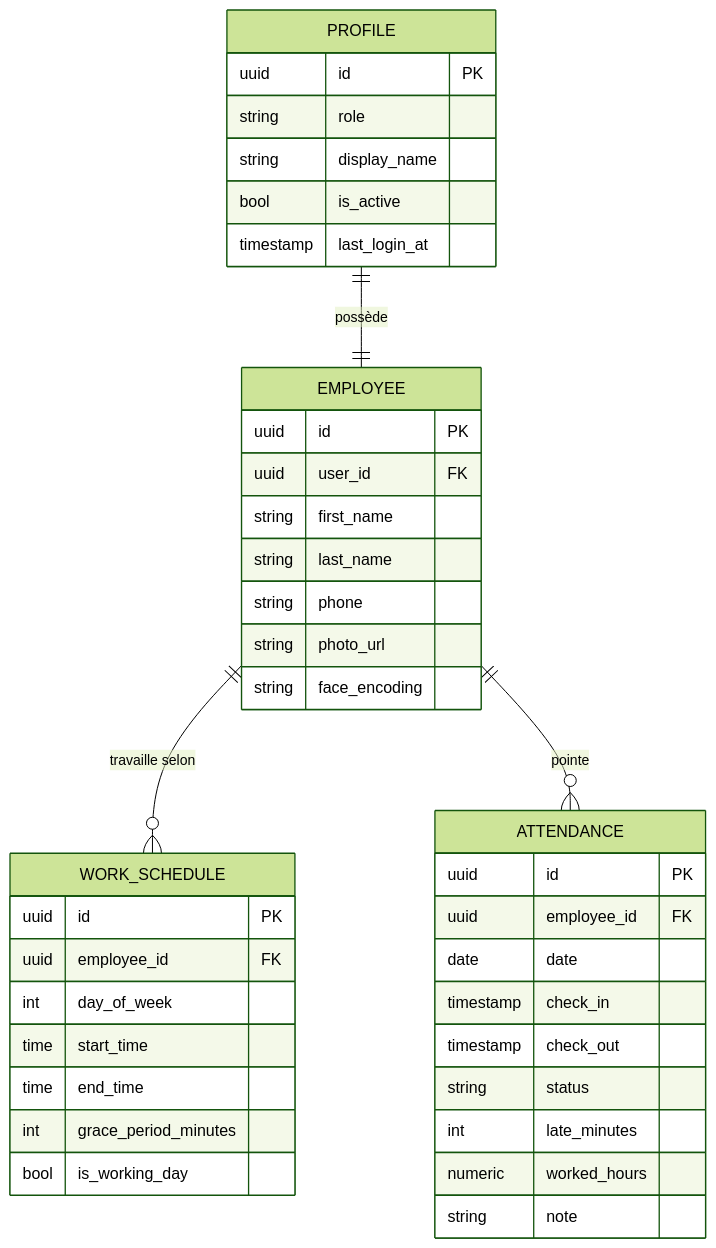
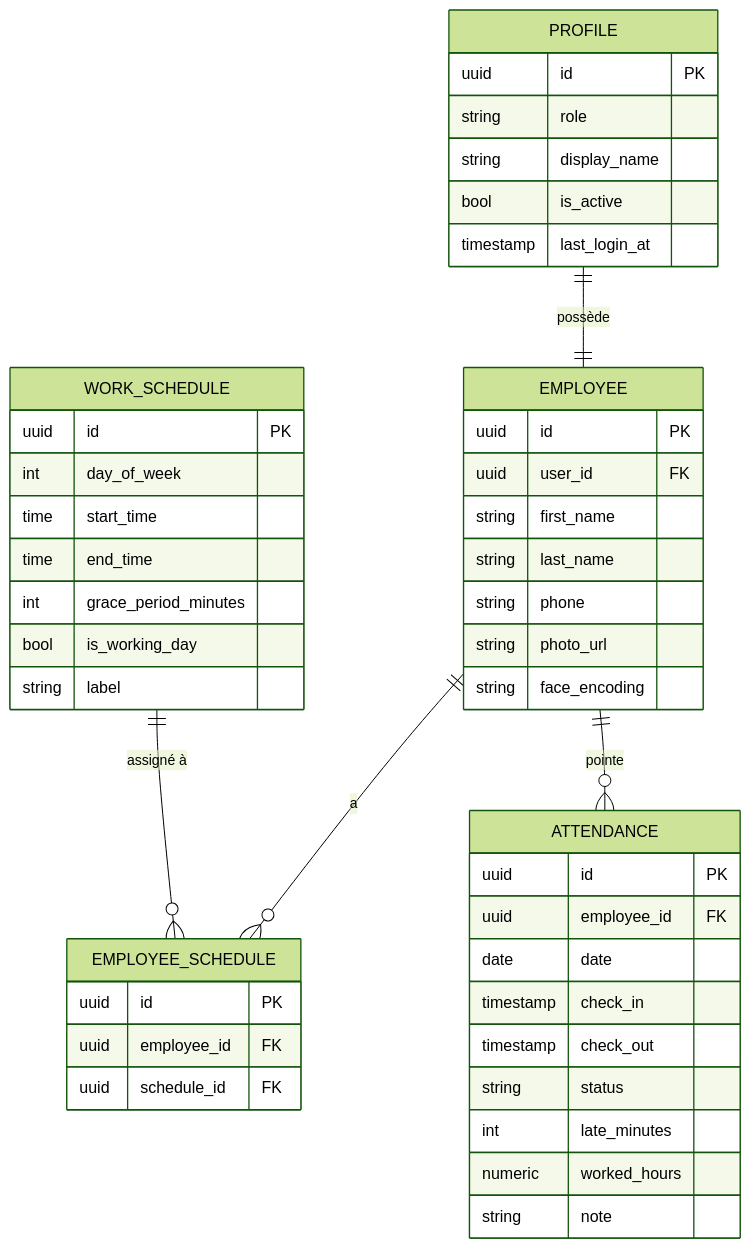
One commit to Abdurrahmane06/face-attendance-system changed the second of 2 diagrams in data_base/structure-bd.md. Above: the diagram before and after it, drawn with Mermaid (forest theme). The commit also changed other lines of this file and 3 other files, not shown here.

````diff
--- a/data_base/structure-bd.md
+++ b/data_base/structure-bd.md
@@ -186,46 +213,53 @@
 ```mermaid
 erDiagram
     PROFILE ||--|| EMPLOYEE : "possède"
-    EMPLOYEE ||--o{ WORK_SCHEDULE : "travaille selon"
+    EMPLOYEE ||--o{ EMPLOYEE_SCHEDULE : "a"
+    WORK_SCHEDULE ||--o{ EMPLOYEE_SCHEDULE : "assigné à"
     EMPLOYEE ||--o{ ATTENDANCE : "pointe"
 
     PROFILE {
         uuid id PK
         string role
         string display_name
         bool is_active
         timestamp last_login_at
     }
 
     EMPLOYEE {
         uuid id PK
         uuid user_id FK
         string first_name
         string last_name
         string phone
         string photo_url
         string face_encoding
     }
 
     WORK_SCHEDULE {
         uuid id PK
-        uuid employee_id FK
         int day_of_week
         time start_time
         time end_time
         int grace_period_minutes
         bool is_working_day
+        string label
+    }
+
+    EMPLOYEE_SCHEDULE {
+        uuid id PK
+        uuid employee_id FK
+        uuid schedule_id FK
     }
 
     ATTENDANCE {
         uuid id PK
         uuid employee_id FK
         date date
         timestamp check_in
         timestamp check_out
         string status
         int late_minutes
         numeric worked_hours
         string note
     }
 ```
````
